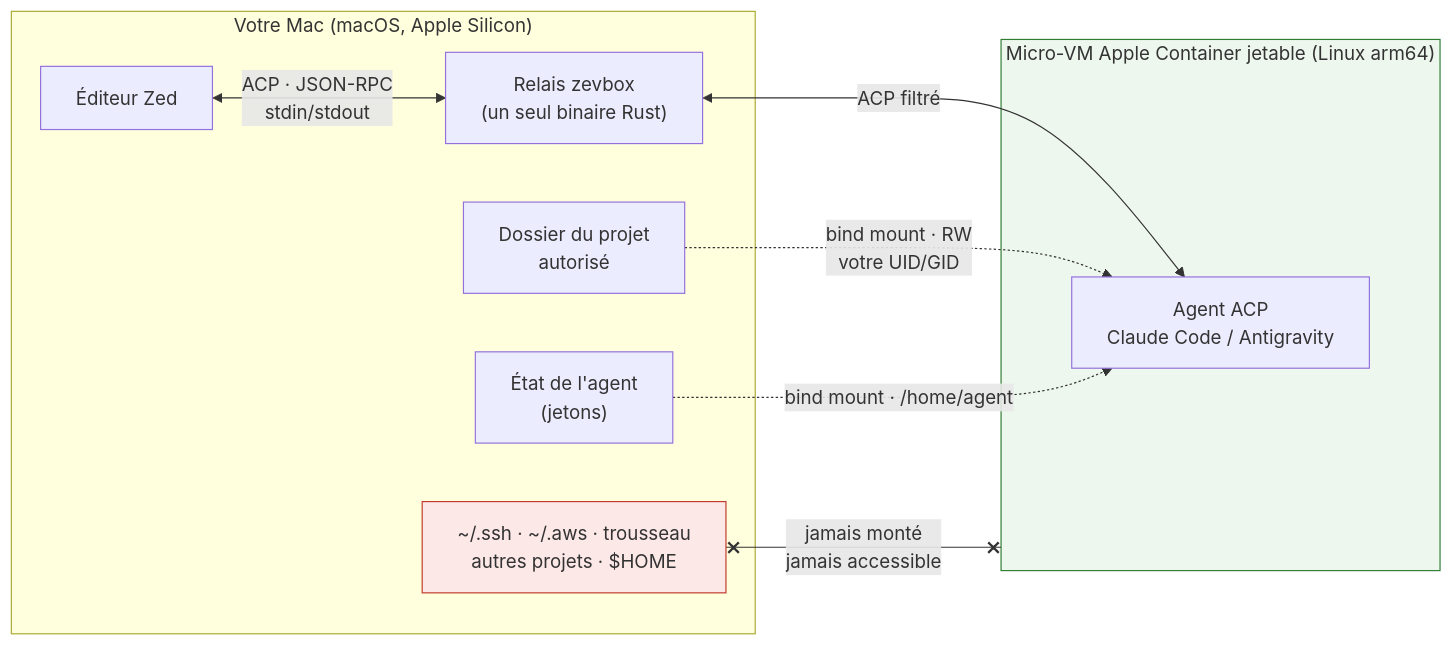
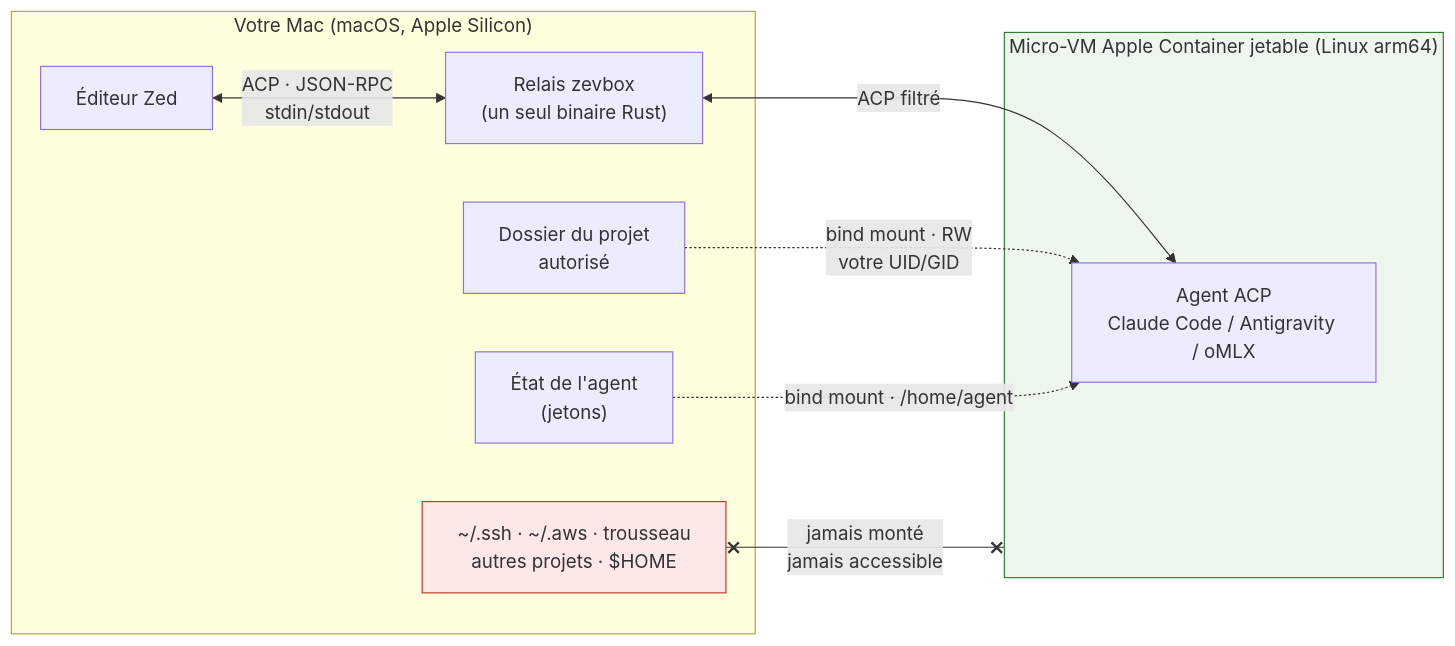
One commit to brainztorm/zevbox changed the first of 4 diagrams in docs/fr/README.md. Above: the diagram before and after it, drawn with Mermaid. The commit also changed other lines of this file and 27 other files, not shown here.

First line of the commit message:
omlx: third agent, the Claude adapter on a local oMLX server

````diff
--- a/docs/fr/README.md
+++ b/docs/fr/README.md
@@ -38,22 +40,22 @@
 ```mermaid
 flowchart LR
     subgraph Host ["Votre Mac (macOS, Apple Silicon)"]
         Zed["Éditeur Zed"]
         Relay["Relais zevbox\n(un seul binaire Rust)"]
         Project["Dossier du projet\nautorisé"]
         State["État de l'agent\n(jetons)"]
         Secrets["~/.ssh · ~/.aws · trousseau\nautres projets · $HOME"]
     end
     subgraph VM ["Micro-VM Apple Container jetable (Linux arm64)"]
-        Agent["Agent ACP\nClaude Code / Antigravity"]
+        Agent["Agent ACP\nClaude Code / Antigravity / oMLX"]
     end
 
     Zed <-->|"ACP · JSON-RPC\nstdin/stdout"| Relay
     Relay <-->|"ACP filtré"| Agent
     Project -.->|"bind mount · RW\nvotre UID/GID"| Agent
     State -.->|"bind mount · /home/agent"| Agent
     Secrets x--x|"jamais monté\njamais accessible"| VM
 
     style Secrets fill:#fde8e8,stroke:#c0392b
     style VM fill:#eef7ee,stroke:#2e7d32
 ```
````
